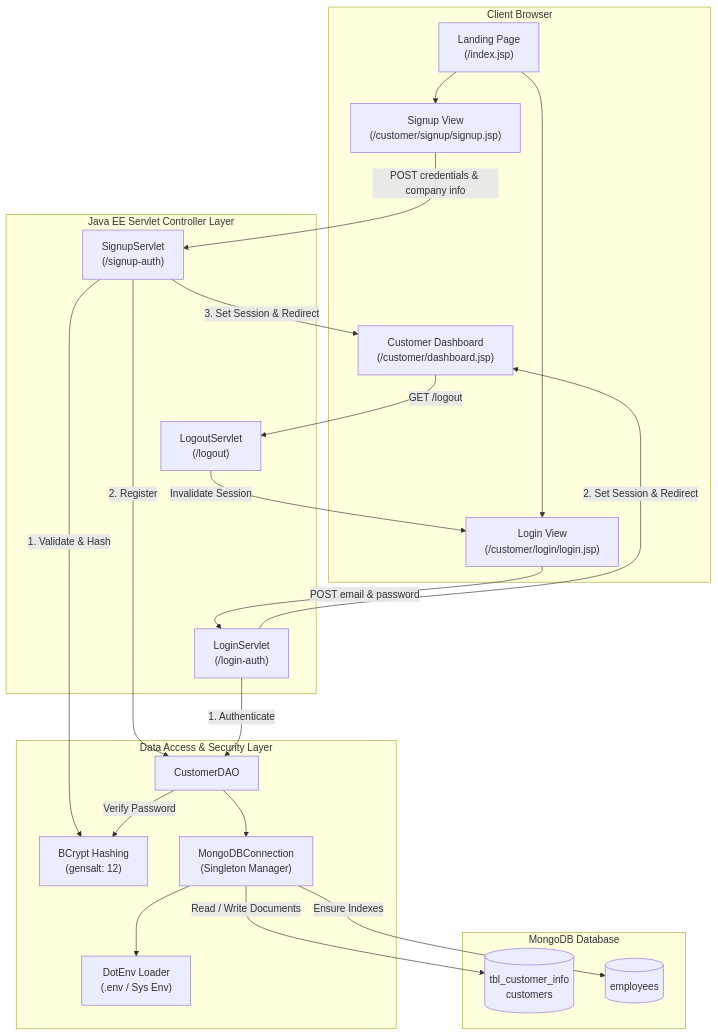
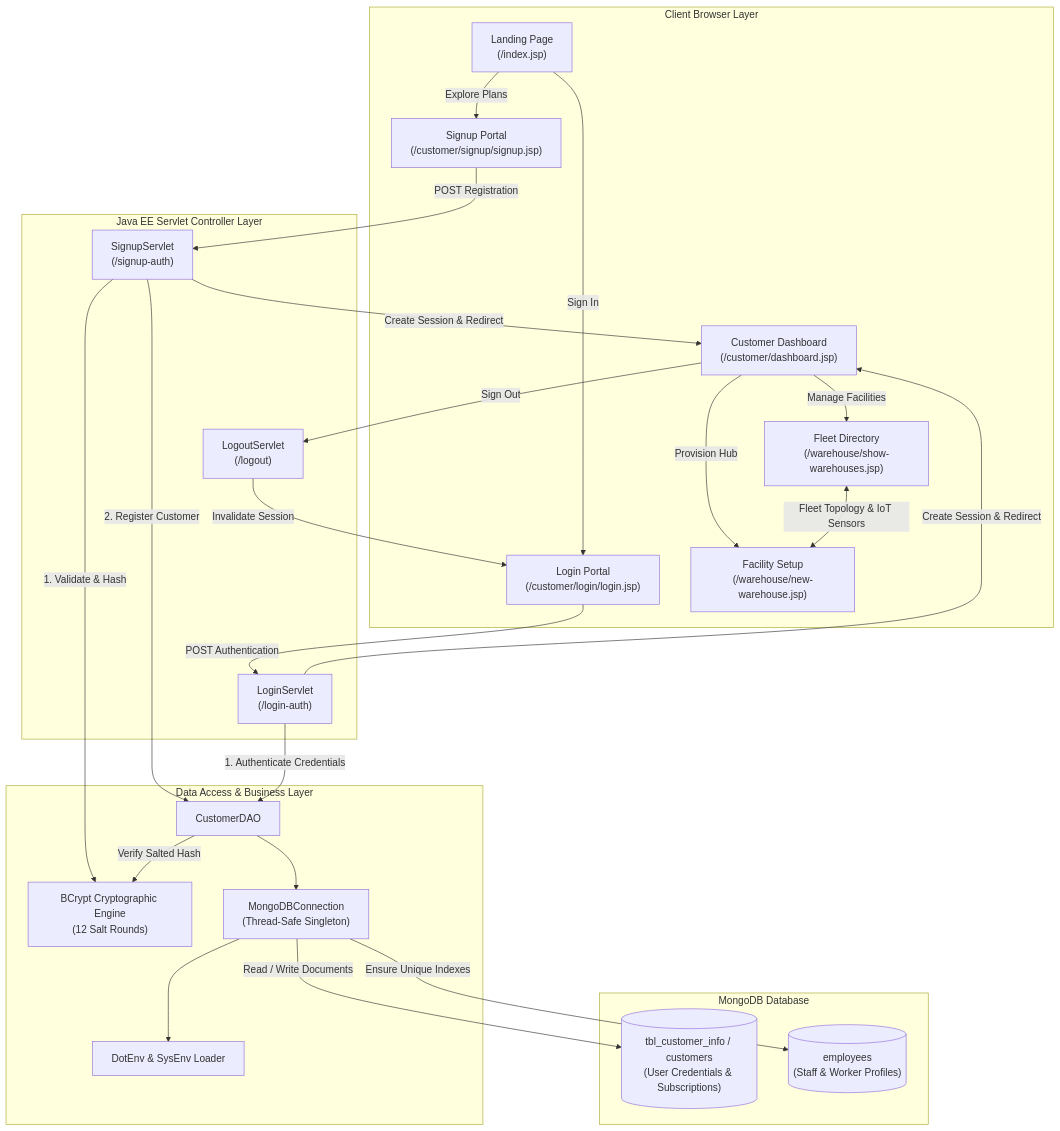
The first of 3 diagrams in stockflow-customer/README.md (arindamnandy1996/stockflow), drawn with Mermaid before and after one commit. The commit also changed other lines of this file, not shown here.

````diff
--- a/stockflow-customer/README.md
+++ b/stockflow-customer/README.md
@@ -82,47 +118,52 @@
 ```mermaid
 flowchart TD
-    subgraph Client ["Client Browser"]
-        LP["Landing Page\n(/index.jsp)"]
-        SU["Signup View\n(/customer/signup/signup.jsp)"]
-        LG["Login View\n(/customer/login/login.jsp)"]
-        DB["Customer Dashboard\n(/customer/dashboard.jsp)"]
+    subgraph ClientLayer ["Client Browser Layer"]
+        LP["Landing Page<br/>(/index.jsp)"]
+        SU["Signup Portal<br/>(/customer/signup/signup.jsp)"]
+        LG["Login Portal<br/>(/customer/login/login.jsp)"]
+        DB["Customer Dashboard<br/>(/customer/dashboard.jsp)"]
+        WH_SHOW["Fleet Directory<br/>(/warehouse/show-warehouses.jsp)"]
+        WH_NEW["Facility Setup<br/>(/warehouse/new-warehouse.jsp)"]
     end
 
-    subgraph Servlets ["Java EE Servlet Controller Layer"]
-        SignupSrv["SignupServlet\n(/signup-auth)"]
-        LoginSrv["LoginServlet\n(/login-auth)"]
-        LogoutSrv["LogoutServlet\n(/logout)"]
+    subgraph ControllerLayer ["Java EE Servlet Controller Layer"]
+        SignupSrv["SignupServlet<br/>(/signup-auth)"]
+        LoginSrv["LoginServlet<br/>(/login-auth)"]
+        LogoutSrv["LogoutServlet<br/>(/logout)"]
     end
 
-    subgraph Services ["Data Access & Security Layer"]
+    subgraph BusinessLayer ["Data Access & Business Layer"]
         CDAO["CustomerDAO"]
-        BCryptLib["BCrypt Hashing\n(gensalt: 12)"]
-        MongoConn["MongoDBConnection\n(Singleton Manager)"]
-        EnvLoader["DotEnv Loader\n(.env / Sys Env)"]
+        BCryptEngine["BCrypt Cryptographic Engine<br/>(12 Salt Rounds)"]
+        ConnMgr["MongoDBConnection<br/>(Thread-Safe Singleton)"]
+        EnvLoader["DotEnv & SysEnv Loader"]
     end
 
-    subgraph Database ["MongoDB Database"]
-        CustColl[("tbl_customer_info\ncustomers")]
-        EmpColl[("employees")]
+    subgraph PersistenceLayer ["MongoDB Database"]
+        CustTbl[("tbl_customer_info / customers<br/>(User Credentials & Subscriptions)")]
+        EmpTbl[("employees<br/>(Staff & Worker Profiles)")]
     end
 
-    LP --> SU
-    LP --> LG
-    SU -->|POST credentials & company info| SignupSrv
-    LG -->|POST email & password| LoginSrv
-    DB -->|GET /logout| LogoutSrv
+    LP -->|Explore Plans| SU
+    LP -->|Sign In| LG
+    SU -->|POST Registration| SignupSrv
+    LG -->|POST Authentication| LoginSrv
+    DB -->|Manage Facilities| WH_SHOW
+    DB -->|Provision Hub| WH_NEW
+    DB -->|Sign Out| LogoutSrv
 
-    SignupSrv -->|1. Validate & Hash| BCryptLib
-    SignupSrv -->|2. Register| CDAO
-    LoginSrv -->|1. Authenticate| CDAO
-    CDAO -->|Verify Password| BCryptLib
+    SignupSrv -->|1. Validate & Hash| BCryptEngine
+    SignupSrv -->|2. Register Customer| CDAO
+    LoginSrv -->|1. Authenticate Credentials| CDAO
+    CDAO -->|Verify Salted Hash| BCryptEngine
     LogoutSrv -->|Invalidate Session| LG
 
-    CDAO --> MongoConn
-    MongoConn --> EnvLoader
-    MongoConn -->|Read / Write Documents| CustColl
-    MongoConn -->|Ensure Indexes| EmpColl
+    CDAO --> ConnMgr
+    ConnMgr --> EnvLoader
+    ConnMgr -->|Read / Write Documents| CustTbl
+    ConnMgr -->|Ensure Unique Indexes| EmpTbl
 
-    SignupSrv -->|3. Set Session & Redirect| DB
-    LoginSrv -->|2. Set Session & Redirect| DB
+    SignupSrv -->|Create Session & Redirect| DB
+    LoginSrv -->|Create Session & Redirect| DB
+    WH_SHOW <-->|Fleet Topology & IoT Sensors| WH_NEW
 ```
````
